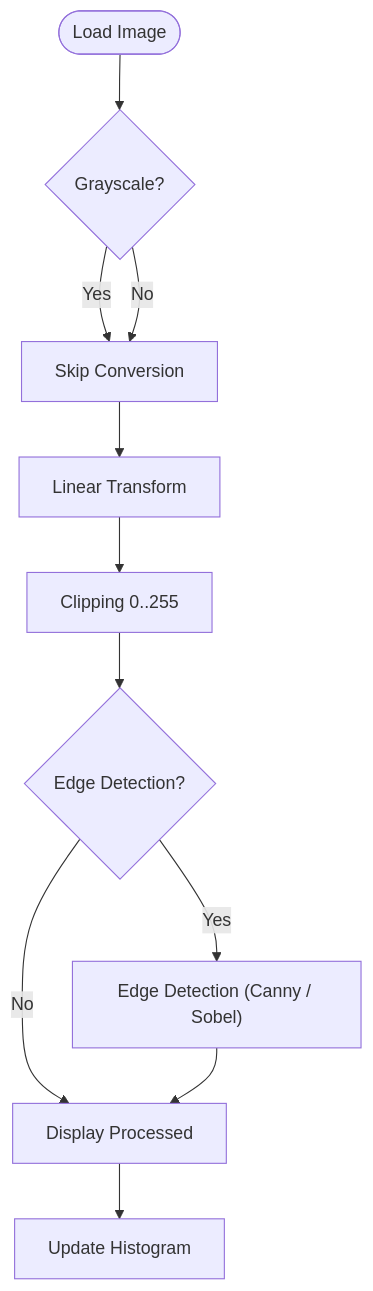
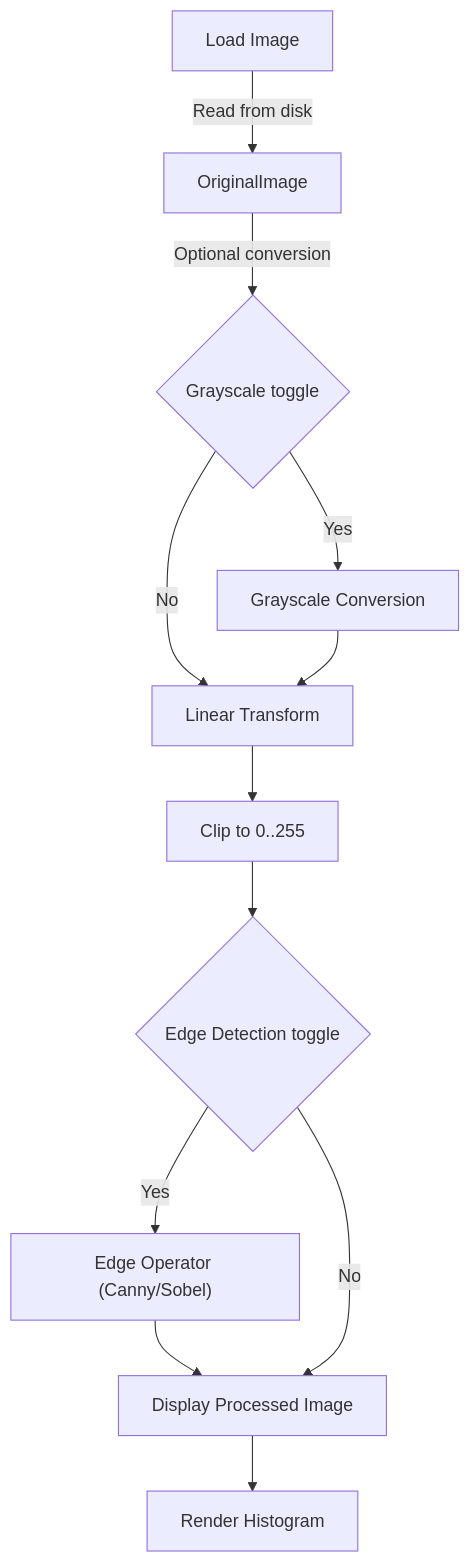
One commit to DanoV1m/SmartPixelProcessor changed the second of 4 diagrams in README.md. Above: the diagram before and after it, drawn with Mermaid. The commit also changed other lines of this file and 3 other files, not shown here.

````diff
--- a/README.md
+++ b/README.md
@@ -49,13 +186,14 @@
 ```mermaid
 flowchart TD
-    A([Load Image]) --> B{Grayscale?}
-    B -- Yes --> C[Grayscale Conversion]
-    B -- No --> C[Skip Conversion]
-    C --> D[Linear Transform]
-    D --> E[Clipping 0..255]
-    E --> F{Edge Detection?}
-    F -- Yes --> G["Edge Detection (Canny / Sobel)"]
-    F -- No --> H[Display Processed]
-    G --> H
-    H --> I[Update Histogram]
+    Load[Load Image] -->|Read from disk| Original[OriginalImage]
+    Original -->|Optional conversion| Gray{Grayscale toggle}
+    Gray -->|Yes| Conv[Grayscale Conversion]
+    Gray -->|No| Transform[Linear Transform]
+    Conv --> Transform
+    Transform --> Clip[Clip to 0..255]
+    Clip --> Edge{Edge Detection toggle}
+    Edge -->|Yes| EdgeOp["Edge Operator (Canny/Sobel)"]
+    EdgeOp --> Display[Display Processed Image]
+    Edge -->|No| Display
+    Display --> Histogram[Render Histogram]
 ```
````
